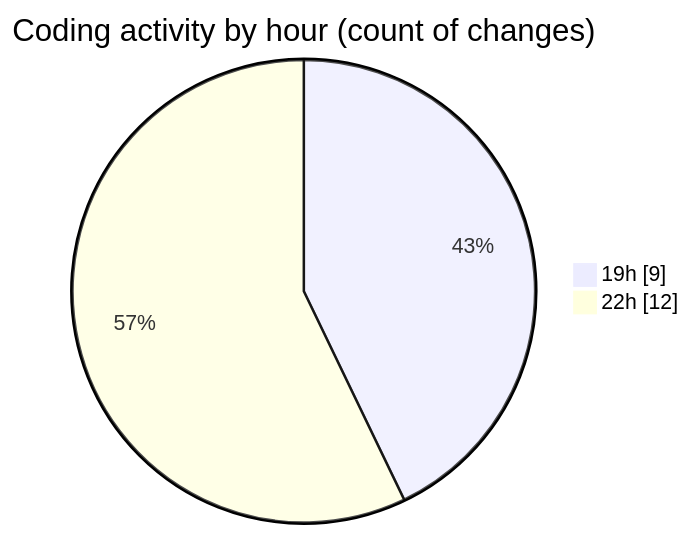
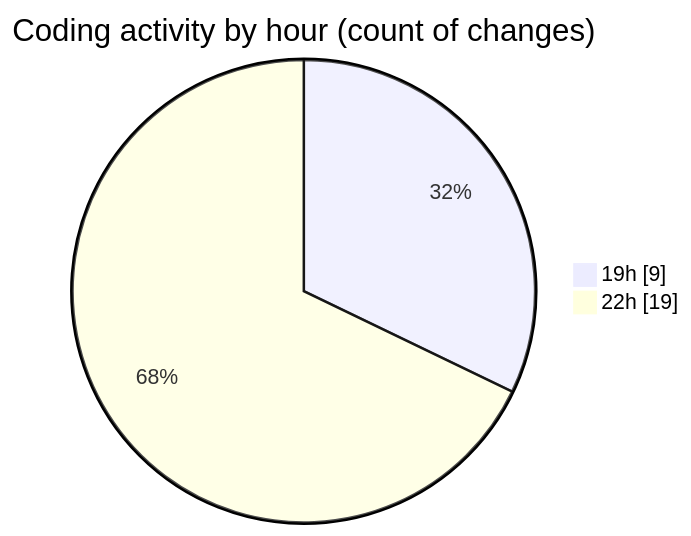
The second of 2 diagrams in 2025-10-07/untitled__workspace_/README.md (MatusMokan/code-tracking), drawn with Mermaid before and after one commit. The commit also changed other lines of this file and 1 other file, not shown here.

````diff
--- a/2025-10-07/untitled__workspace_/README.md
+++ b/2025-10-07/untitled__workspace_/README.md
@@ -30,6 +30,6 @@
 ```mermaid
 pie showData
 title Coding activity by hour (count of changes)
 "19h" : 9
-"22h" : 12
+"22h" : 19
 ```
````
